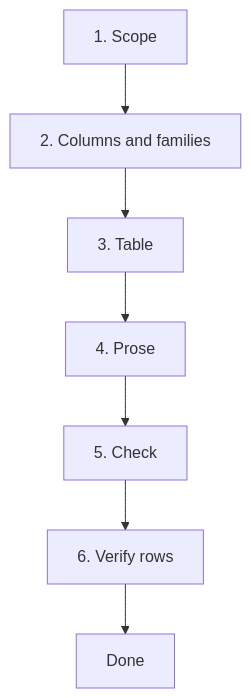
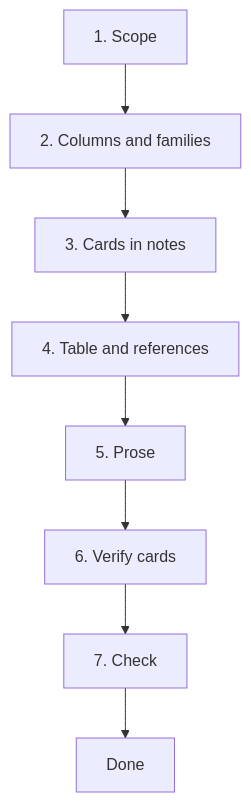
One commit to jonaHaggarde/literature_study_template changed the diagram in article/workflow.md. Above: the diagram before and after it, drawn with Mermaid. The commit also changed other lines of this file and 21 other files, not shown here.

````diff
--- a/article/workflow.md
+++ b/article/workflow.md
@@ -25,9 +31,10 @@
 ```mermaid
 flowchart TD
   S[1. Scope] --> C[2. Columns and families]
-  C --> T[3. Table]
-  T --> P[4. Prose]
-  P --> V[5. Check]
-  V --> R[6. Verify rows]
-  R --> D[Done]
+  C --> K[3. Cards in notes]
+  K --> T[4. Table and references]
+  T --> P[5. Prose]
+  P --> V[6. Verify cards]
+  V --> X[7. Check]
+  X --> D[Done]
 ```
````
